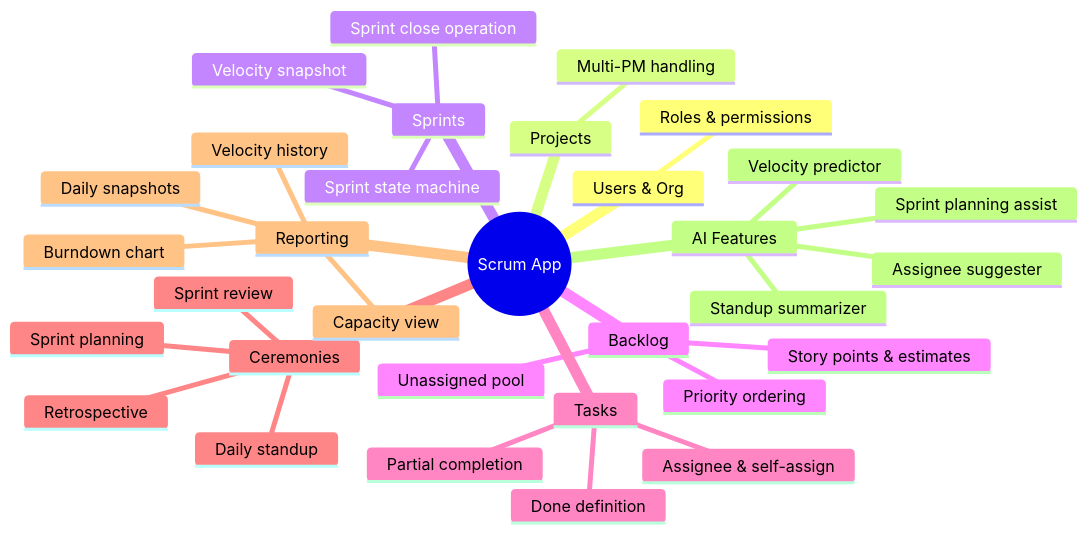
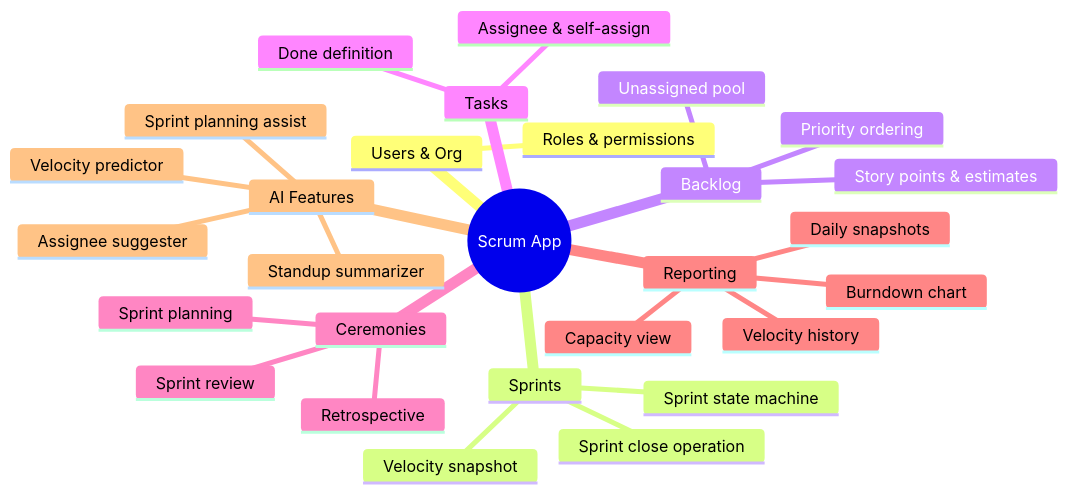
The diagram in README.md (moad-cher/PFE), drawn with Mermaid before and after one commit. The commit also changed other lines of this file and 7 other files, not shown here.

````diff
--- a/README.md
+++ b/README.md
@@ -109,43 +110,41 @@
 ```mermaid
 mindmap
   root((Scrum App))
     Users & Org
       %% Departments
       %% organization structure mechanics
       Roles & permissions
       %% HR access scope
-    Projects
+    %% Projects
       %% scrum mode only
       %% 1 Team per project
-      Multi-PM handling
       %% Project manager ownership transfer
     Sprints
       Sprint state machine
       %% Incomplete stories
       Velocity snapshot
       Sprint close operation
     Backlog
       Story points & estimates
       Priority ordering
       Unassigned pool
     Tasks
       %% State machine
       Assignee & self-assign
       Done definition
-      Partial completion
     Ceremonies
       Sprint planning
-      Daily standup
       Sprint review
       Retrospective
     Reporting
+      %% team workload
       Burndown chart
       Velocity history
       Daily snapshots
       Capacity view
     AI Features
       Sprint planning assist
       Standup summarizer
       Velocity predictor
       Assignee suggester
 ```
````
